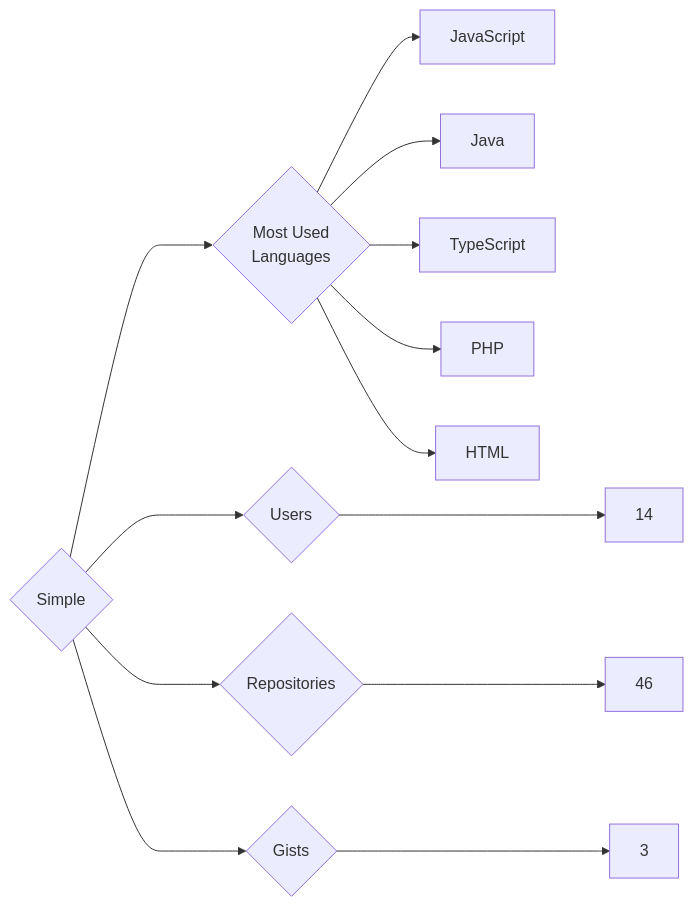
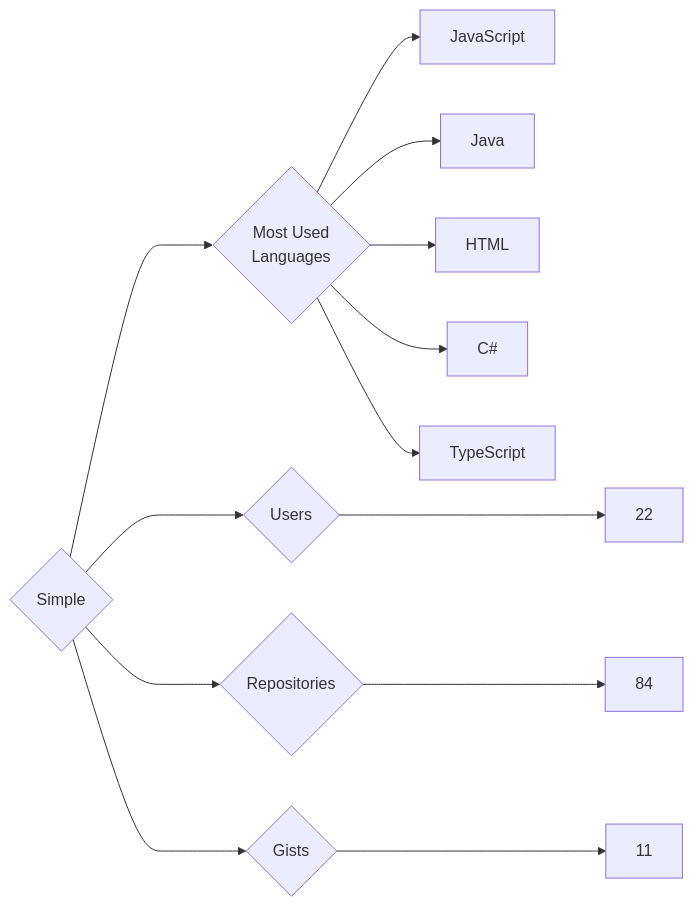
One commit to trickest/insiders changed the diagram in targets/Simple/README.md. Above: the diagram before and after it, drawn with Mermaid. The commit also changed 953 other files, not shown here.

````diff
--- a/targets/Simple/README.md
+++ b/targets/Simple/README.md
@@ -3,13 +3,13 @@
 ```mermaid
 graph LR
 COMPANY_NAME{Simple}
-COMPANY_NAME ---> U{Users} ---> UN[14]
-COMPANY_NAME ---> R{Repositories} ---> RN[46]
-COMPANY_NAME ---> G{Gists} ---> GN[3]
+COMPANY_NAME ---> U{Users} ---> UN[22]
+COMPANY_NAME ---> R{Repositories} ---> RN[84]
+COMPANY_NAME ---> G{Gists} ---> GN[11]
 COMPANY_NAME ---> ML{Most Used<br>Languages}
 ML --> JavaScript[JavaScript]
 ML --> Java[Java]
+ML --> HTML[HTML]
+ML --> C#[C#]
 ML --> TypeScript[TypeScript]
-ML --> PHP[PHP]
-ML --> HTML[HTML]
 ```
````
